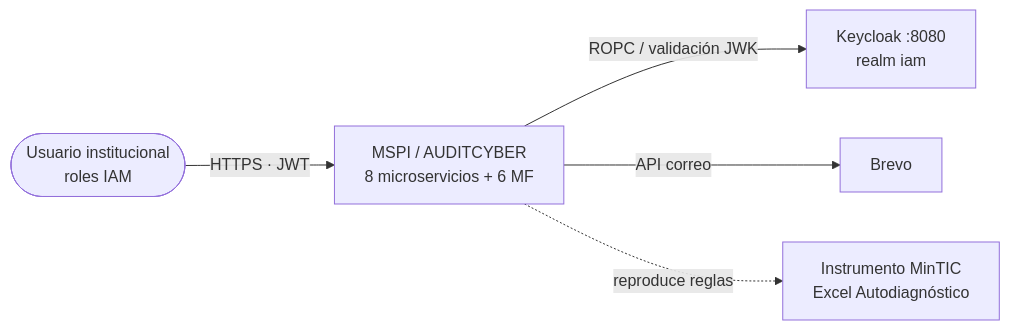
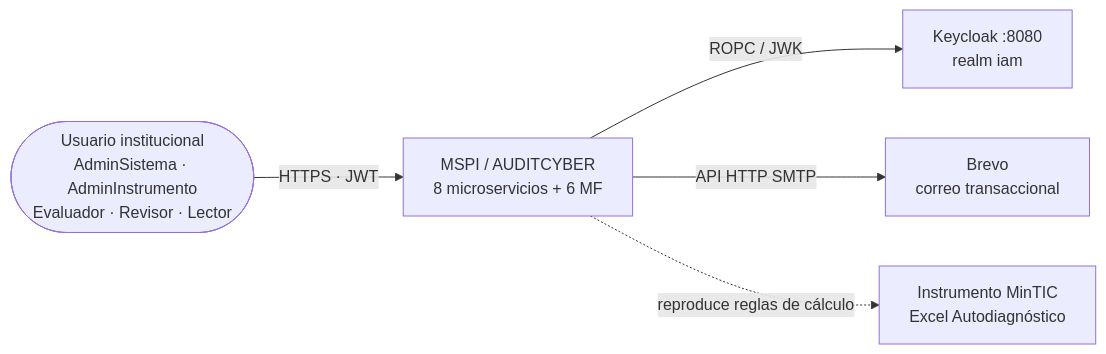
One commit to jdtovar07/MSPI_NVA_CO_DOCS changed the first of 10 diagrams in Documentacion-General/15-Diagramas-C4-y-Secuencias.md. Above: the diagram before and after it, drawn with Mermaid. The commit also changed other lines of this file and 1 other file, not shown here.

First line of the commit message:
docs: expand C4, deployment, ER and key sequence diagrams

````diff
--- a/Documentacion-General/15-Diagramas-C4-y-Secuencias.md
+++ b/Documentacion-General/15-Diagramas-C4-y-Secuencias.md
@@ -15,7 +37,13 @@
 ```mermaid
 flowchart LR
-    User([Usuario institucional<br/>roles IAM]) -->|HTTPS · JWT| MSPI[MSPI / AUDITCYBER<br/>8 microservicios + 6 MF]
-    MSPI -->|ROPC / validación JWK| KC[Keycloak :8080<br/>realm iam]
-    MSPI -->|API correo| Brevo[Brevo]
-    MSPI -.->|reproduce reglas| Instr[Instrumento MinTIC<br/>Excel Autodiagnóstico]
+    User([Usuario institucional<br/>AdminSistema · AdminInstrumento<br/>Evaluador · Revisor · Lector])
+    MSPI[MSPI / AUDITCYBER<br/>8 microservicios + 6 MF]
+    KC[Keycloak :8080<br/>realm iam]
+    Brevo[Brevo<br/>correo transaccional]
+    Instr[Instrumento MinTIC<br/>Excel Autodiagnóstico]
+
+    User -->|HTTPS · JWT| MSPI
+    MSPI -->|ROPC / JWK| KC
+    MSPI -->|API HTTP SMTP| Brevo
+    MSPI -.->|reproduce reglas de cálculo| Instr
 ```
````
